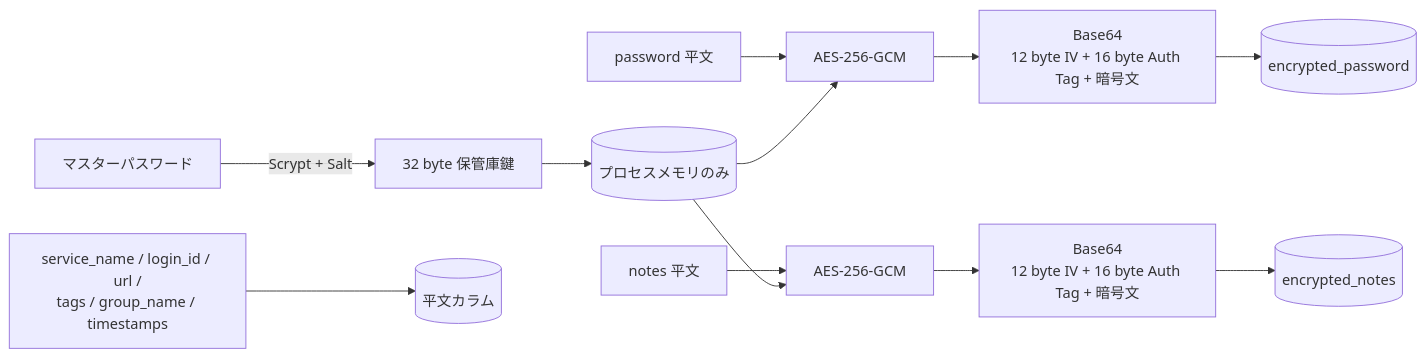
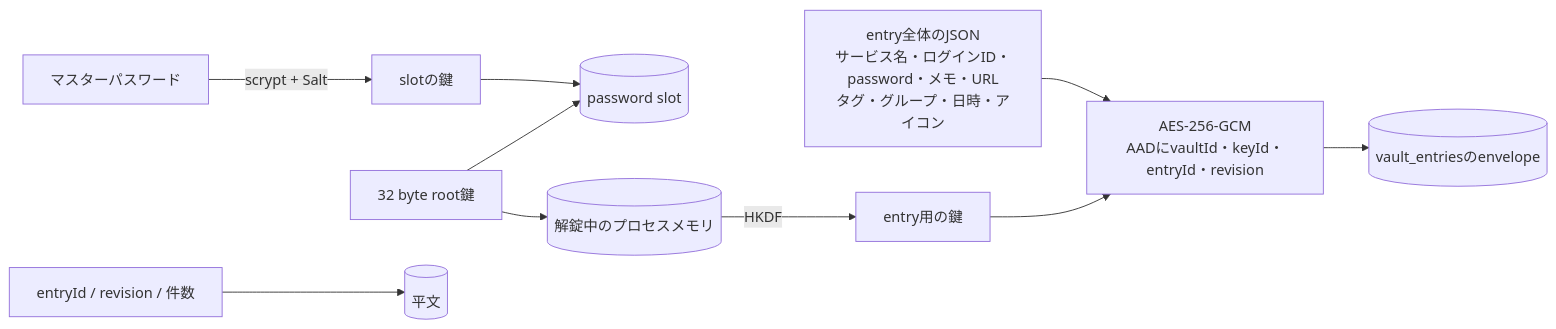
Before and after one commit to Termnix-IT/CIPHER-VAULT: the second of 2 diagrams in docs/ワークフロー/03-エントリCRUDと暗号化.md, drawn with Mermaid. The commit also changed other lines of this file and 9 other files, not shown here.

````diff
--- a/docs/ワークフロー/03-エントリCRUDと暗号化.md
+++ b/docs/ワークフロー/03-エントリCRUDと暗号化.md
@@ -66,17 +66,14 @@
 ```mermaid
 flowchart LR
-    master[マスターパスワード] -->|Scrypt + Salt| key[32 byte 保管庫鍵]
-    key --> memory[(プロセスメモリのみ)]
+    master[マスターパスワード] -->|scrypt + Salt| slotKey[slotの鍵]
+    slotKey --> slot[(password slot)]
+    root[32 byte root鍵] --> slot
+    root --> memory[(解錠中のプロセスメモリ)]
+    memory -->|HKDF| entryKey[entry用の鍵]
 
-    password[password 平文] --> encryptPassword[AES-256-GCM]
-    notes[notes 平文] --> encryptNotes[AES-256-GCM]
-    memory --> encryptPassword
-    memory --> encryptNotes
+    entry[entry全体のJSON<br/>サービス名・ログインID・password・メモ・URL<br/>タグ・グループ・日時・アイコン] --> encrypt[AES-256-GCM<br/>AADにvaultId・keyId・entryId・revision]
+    entryKey --> encrypt
+    encrypt --> envelope[(vault_entriesのenvelope)]
 
-    encryptPassword --> passwordPayload[Base64<br/>12 byte IV + 16 byte Auth Tag + 暗号文]
-    encryptNotes --> notesPayload[Base64<br/>12 byte IV + 16 byte Auth Tag + 暗号文]
-    passwordPayload --> encryptedPassword[(encrypted_password)]
-    notesPayload --> encryptedNotes[(encrypted_notes)]
-
-    plainFields[service_name / login_id / url /<br/>tags / group_name / timestamps] --> plainColumns[(平文カラム)]
+    ids[entryId / revision / 件数] --> plain[(平文)]
 ```
````
